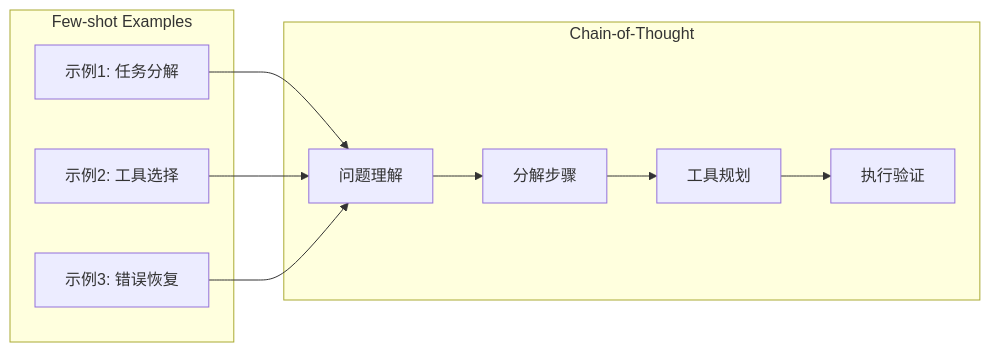
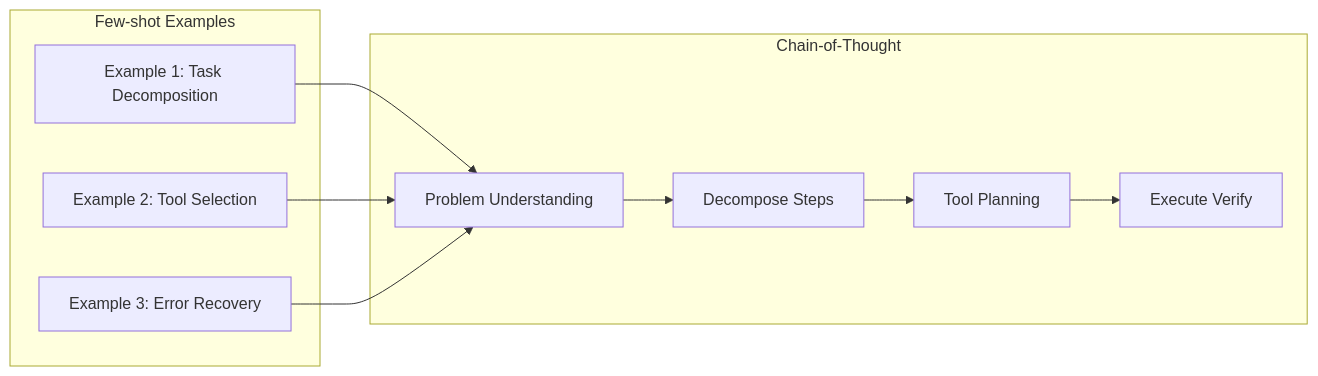
One commit to dyu55/My-Agent changed the eighth of 11 diagrams in ROADMAP.md. Above: the diagram before and after it, drawn with Mermaid. The commit also changed other lines of this file and 2 other files, not shown here.

````diff
--- a/ROADMAP.md
+++ b/ROADMAP.md
@@ -235,17 +234,17 @@
 ```mermaid
 flowchart LR
     subgraph FewShot["Few-shot Examples"]
-        F1[示例1: 任务分解]
-        F2[示例2: 工具选择]
-        F3[示例3: 错误恢复]
+        F1[Example 1: Task Decomposition]
+        F2[Example 2: Tool Selection]
+        F3[Example 3: Error Recovery]
     end
 
-    subgraph CoT模板["Chain-of-Thought"]
-        C1[问题理解]
-        C2[分解步骤]
-        C3[工具规划]
-        C4[执行验证]
+    subgraph CoTTemplate["Chain-of-Thought"]
+        C1[Problem Understanding]
+        C2[Decompose Steps]
+        C3[Tool Planning]
+        C4[Execute Verify]
     end
 
     F1 & F2 & F3 --> C1 --> C2 --> C3 --> C4
 ```
````
